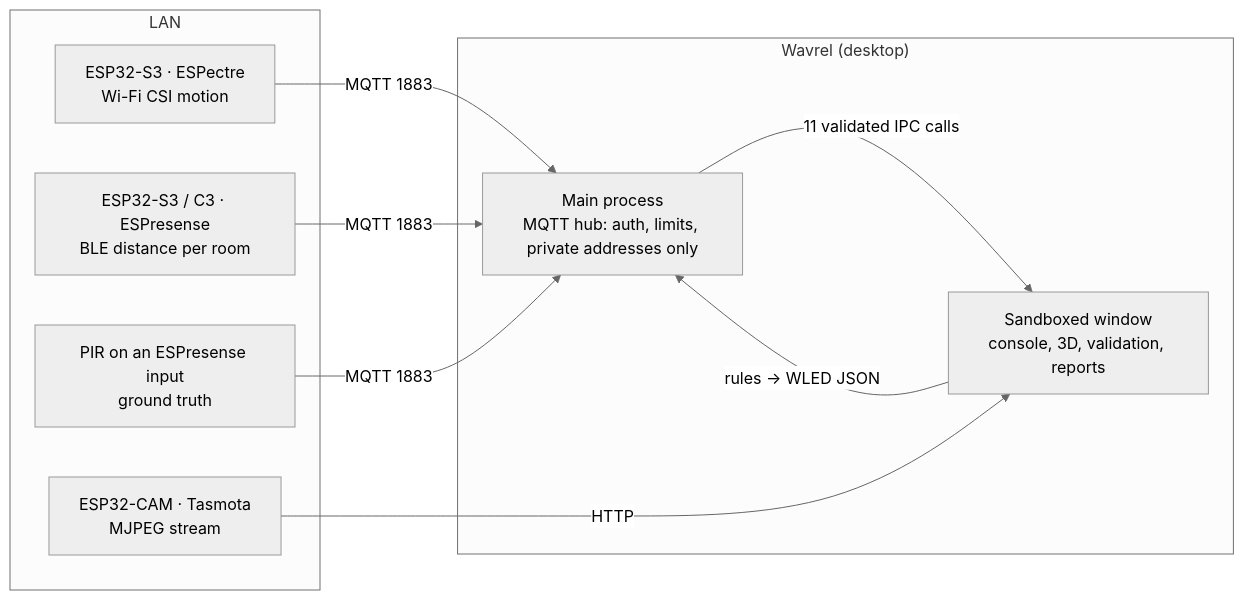
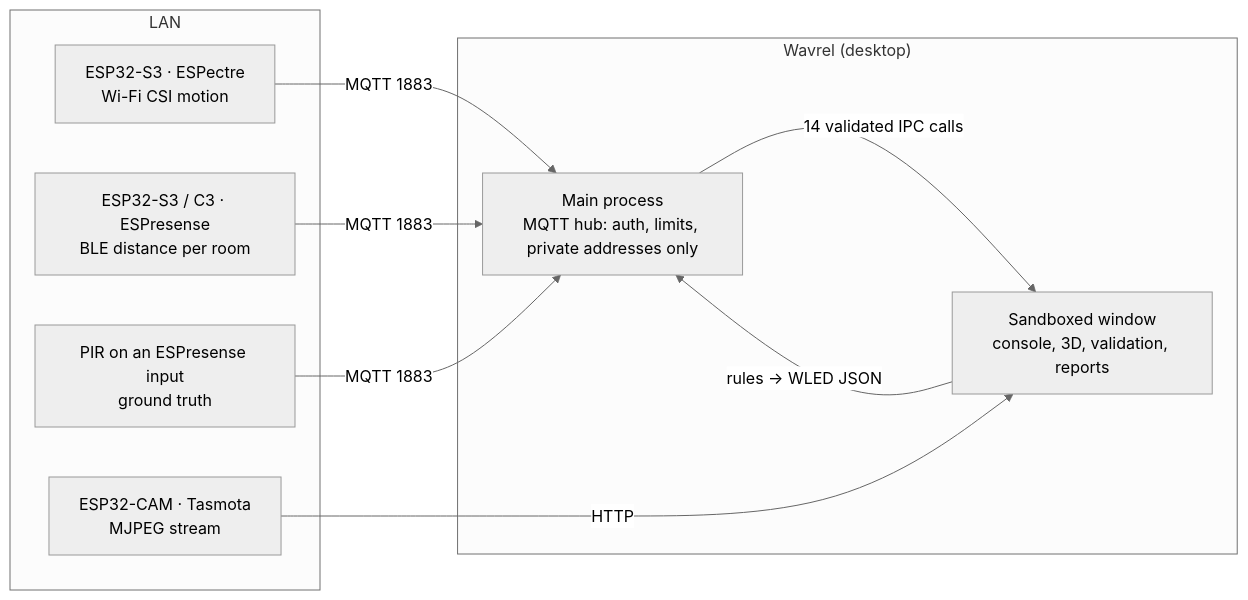
Before and after one commit to pengveloper/airfab-sentinel: the diagram in README.md, drawn with Mermaid (neutral theme). The commit also changed other lines of this file and 34 other files, not shown here.

````diff
--- a/README.md
+++ b/README.md
@@ -43,19 +44,19 @@
 ```mermaid
 flowchart LR
   subgraph LAN
     A["ESP32-S3 · ESPectre<br/>Wi-Fi CSI motion"]
     C["ESP32-S3 / C3 · ESPresense<br/>BLE distance per room"]
     P["PIR on an ESPresense input<br/>ground truth"]
     E["ESP32-CAM · Tasmota<br/>MJPEG stream"]
   end
   subgraph APP["Wavrel (desktop)"]
     H["Main process<br/>MQTT hub: auth, limits, private addresses only"]
     W["Sandboxed window<br/>console, 3D, validation, reports"]
-    H -- "11 validated IPC calls" --> W
+    H -- "14 validated IPC calls" --> W
   end
   A -- MQTT 1883 --> H
   C -- MQTT 1883 --> H
   P -- MQTT 1883 --> H
   W -- "rules → WLED JSON" --> H
   E -- HTTP --> W
 ```
````
